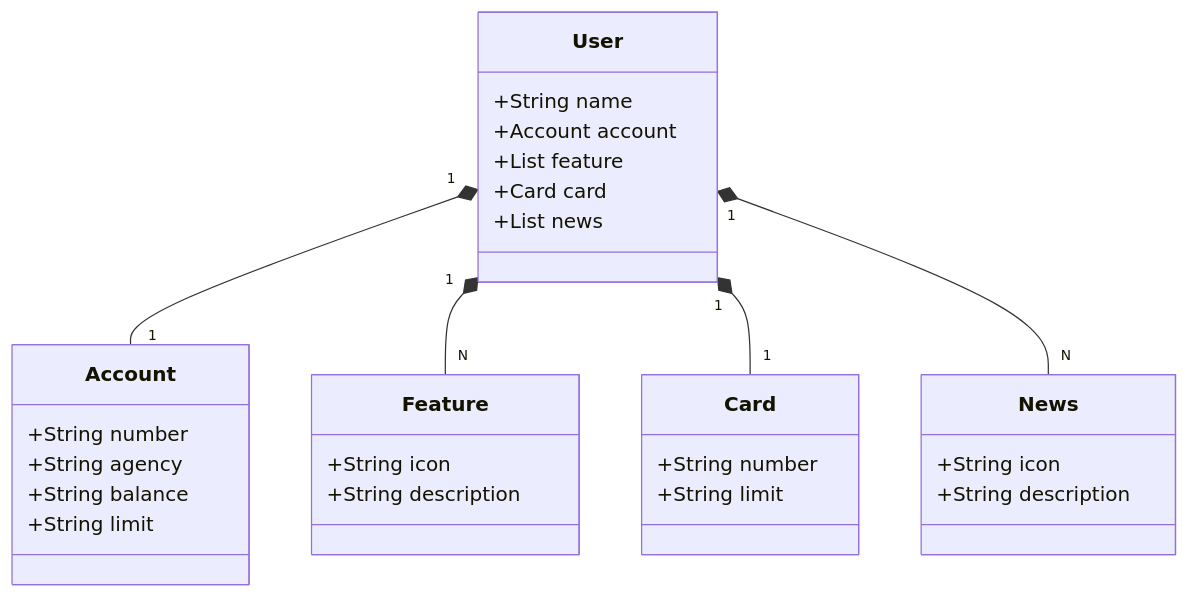
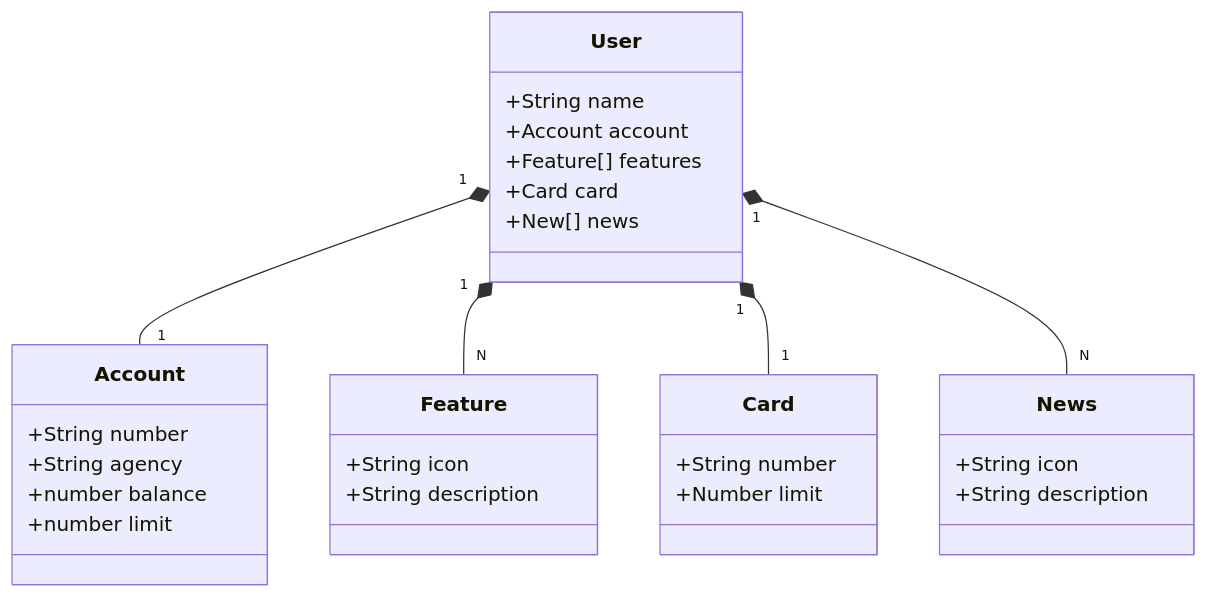
One commit to MatheusAAleixo/santander-dev-week-2024 changed the diagram in README.md. Above: the diagram before and after it, drawn with Mermaid.

````diff
--- a/README.md
+++ b/README.md
@@ -6,37 +6,37 @@
 ```mermaid
 classDiagram
     class User {
         +String name
         +Account account
-        +List<Feature> feature
+        +Feature[] features
         +Card card
-        +List<News> news
+        +New[] news
     }
 
     class Account {
         +String number
         +String agency
-        +String balance
-        +String limit
+        +number balance
+        +number limit
     }
 
     class Feature {
         +String icon
         +String description
     }
 
     class Card {
         +String number
-        +String limit
+        +Number limit
     }
 
     class News {
         +String icon
         +String description
     }
 
     User "1" *-- "1" Account
     User "1" *-- "N" Feature
     User "1" *-- "1" Card
     User "1" *-- "N" News
 ```
````
